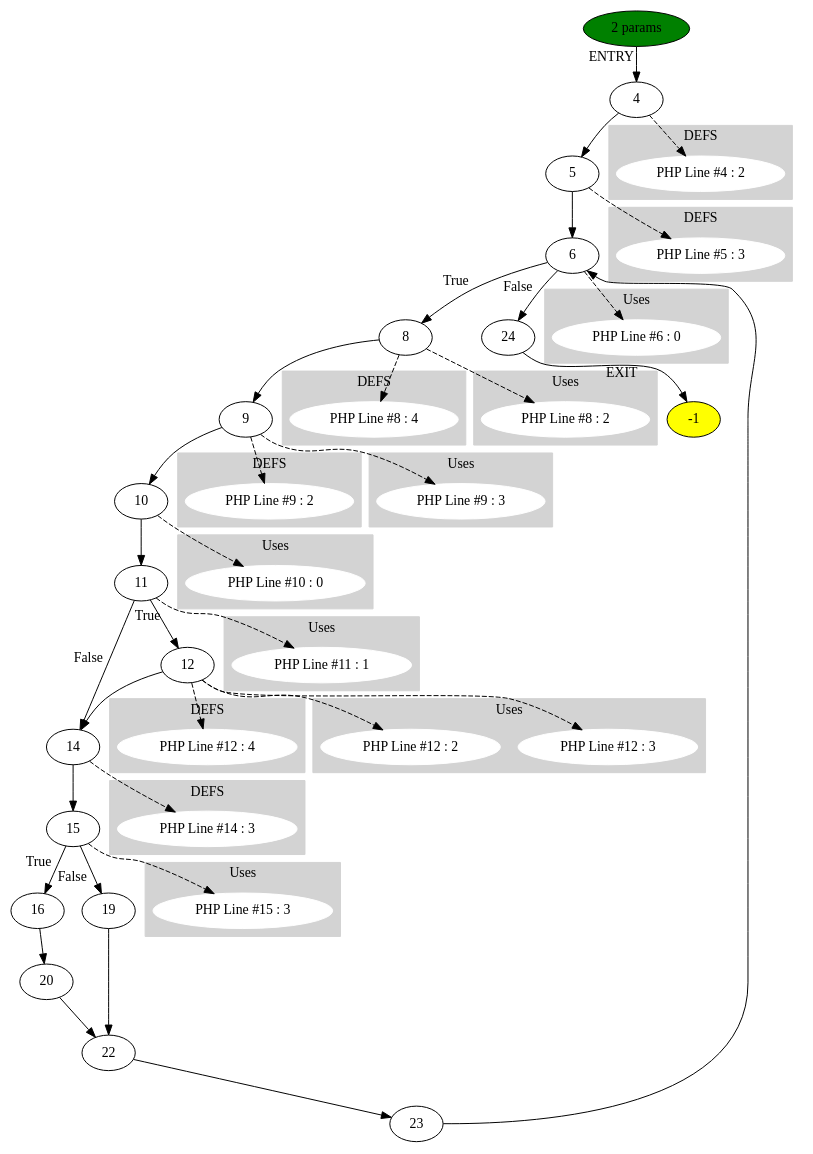
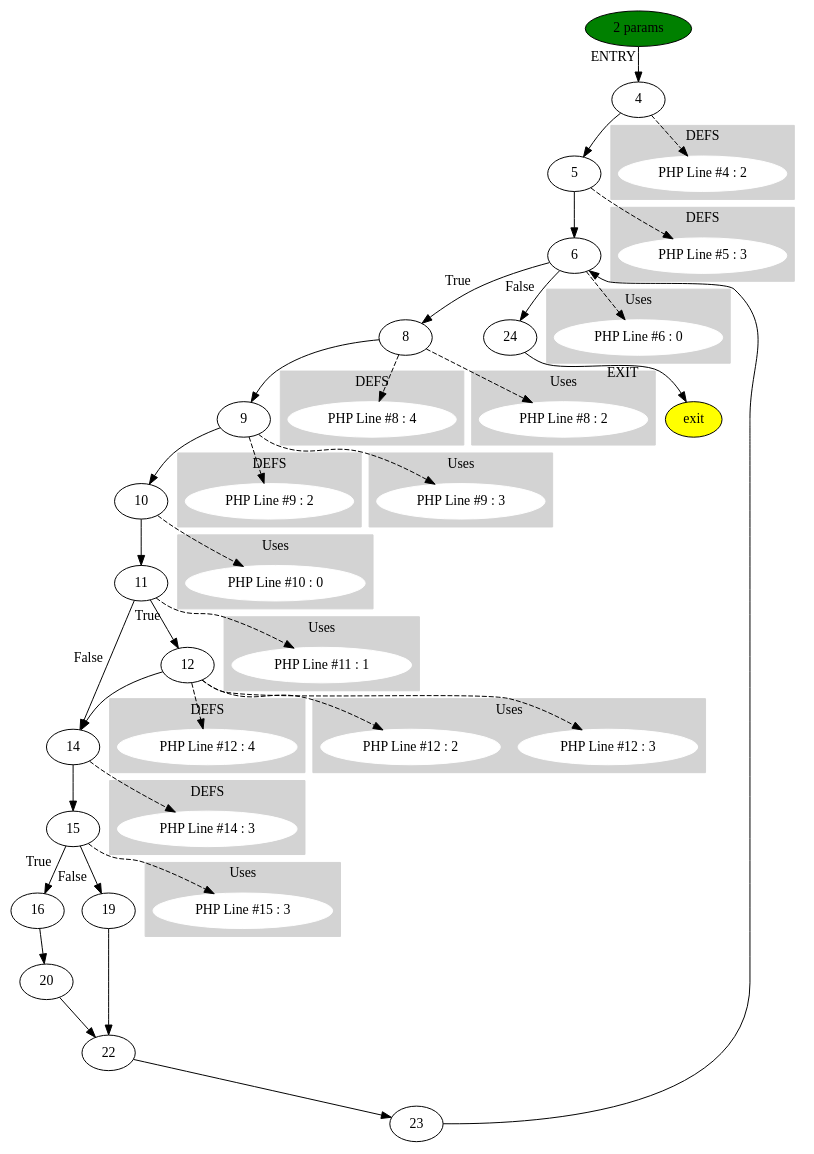
One commit to brianedmonds90/CFG-Hip-Hop changed the diagram in test_files/test_files/function_Function (leaf) foo at 72 (ID 1).dot. Above: the diagram before and after it, drawn with Graphviz. The commit also changed 4 other files, not shown here.

```diff
--- a/test_files/test_files/function_Function (leaf) foo at 72 (ID 1).dot
+++ b/test_files/test_files/function_Function (leaf) foo at 72 (ID 1).dot
@@ -1,120 +1,120 @@
 digraph testName {
 0 [label="4" tooltip="Int
 SetL
 PopC
 "];
 1 [label="5" tooltip="Int
 SetL
 PopC
 "];
 2 [label="6" tooltip="Int
 CGetL2
 Lte
 JmpZ
 "];
 3 [label="8" tooltip="Int
 CGetL2
 Add
 SetL
 PopC
 "];
 4 [label="9" tooltip="Int
 CGetL
 Mul
 SetL
 PopC
 "];
 5 [label="10" tooltip="String
 CGetL
 Concat
 String
 Concat
 Print
 PopC
 "];
 6 [label="11" tooltip="CGetL
 JmpZ
 "];
 7 [label="12" tooltip="CGetL
 CGetL2
 Add
 SetL
 PopC
 "];
 8 [label="14" tooltip="Int
 SetL
 PopC
 "];
 9 [label="15" tooltip="Int
 CGetL2
 Gt
 JmpZ
 "];
 10 [label="16" tooltip="String
 Print
 PopC
 "];
 11 [label="20" tooltip="Jmp
 "];
 12 [label="19" tooltip="String
 Print
 PopC
 "];
 13 [label="22" tooltip="IncDecL
 PopC
 "];
 14 [label="23" tooltip="Jmp
 "];
 15 [label="24" tooltip="Null
 RetC
 "];
 0 -> 1;
 1 -> 2;
 2 -> 3[xlabel="True"];
 2 -> 15[xlabel="False"];
 3 -> 4;
 4 -> 5;
 5 -> 6;
 6 -> 7[xlabel="True"];
 6 -> 8[xlabel="False"];
 7 -> 8;
 8 -> 9;
 9 -> 10[xlabel="True"];
 9 -> 12[xlabel="False"];
 10 -> 11;
 11 -> 13;
 12 -> 13;
 13 -> 14;
 14 -> 2;
 -2 -> 0[xlabel="ENTRY"];
 15 -> -1[xlabel="EXIT"];
--2 [fillcolor = green, style = filled]-1 [fillcolor= yellow, style = filled] subgraph cluster_g_0 { style=filled; color=lightgrey; node [style=filled,color=white]; g_0[label= "PHP Line #4 : 2"];label = "DEFS";}
+-2 [fillcolor = green, style = filled]-1 [label = exit, fillcolor= yellow, style = filled] subgraph cluster_g_0 { style=filled; color=lightgrey; node [style=filled,color=white]; g_0[label= "PHP Line #4 : 2"];label = "DEFS";}
 0 -> g_0 [style="dashed"];
 subgraph cluster_g_1 { style=filled; color=lightgrey; node [style=filled,color=white]; g_1[label= "PHP Line #5 : 3"];label = "DEFS";}
 1 -> g_1 [style="dashed"];
 subgraph cluster_g_3 { style=filled; color=lightgrey; node [style=filled,color=white]; g_3[label= "PHP Line #8 : 4"];label = "DEFS";}
 3 -> g_3 [style="dashed"];
 subgraph cluster_g_4 { style=filled; color=lightgrey; node [style=filled,color=white]; g_4[label= "PHP Line #9 : 2"];label = "DEFS";}
 4 -> g_4 [style="dashed"];
 subgraph cluster_g_7 { style=filled; color=lightgrey; node [style=filled,color=white]; g_7[label= "PHP Line #12 : 4"];label = "DEFS";}
 7 -> g_7 [style="dashed"];
 subgraph cluster_g_8 { style=filled; color=lightgrey; node [style=filled,color=white]; g_8[label= "PHP Line #14 : 3"];label = "DEFS";}
 8 -> g_8 [style="dashed"];
 subgraph cluster_use_2 { style=filled; color=lightgrey; node [style=filled,color=white]; use_2_0[label= "PHP Line #6 : 0"];label = "Uses";}
 2 -> use_2_0 [style="dashed"];
 subgraph cluster_use_3 { style=filled; color=lightgrey; node [style=filled,color=white]; use_3_2[label= "PHP Line #8 : 2"];label = "Uses";}
 3 -> use_3_2 [style="dashed"];
 subgraph cluster_use_4 { style=filled; color=lightgrey; node [style=filled,color=white]; use_4_3[label= "PHP Line #9 : 3"];label = "Uses";}
 4 -> use_4_3 [style="dashed"];
 subgraph cluster_use_5 { style=filled; color=lightgrey; node [style=filled,color=white]; use_5_0[label= "PHP Line #10 : 0"];label = "Uses";}
 5 -> use_5_0 [style="dashed"];
 subgraph cluster_use_6 { style=filled; color=lightgrey; node [style=filled,color=white]; use_6_1[label= "PHP Line #11 : 1"];label = "Uses";}
 6 -> use_6_1 [style="dashed"];
 subgraph cluster_use_7 { style=filled; color=lightgrey; node [style=filled,color=white]; use_7_3[label= "PHP Line #12 : 3"];label = "Uses";}
 7 -> use_7_3 [style="dashed"];
 subgraph cluster_use_7 { style=filled; color=lightgrey; node [style=filled,color=white]; use_7_2[label= "PHP Line #12 : 2"];label = "Uses";}
 7 -> use_7_2 [style="dashed"];
 subgraph cluster_use_9 { style=filled; color=lightgrey; node [style=filled,color=white]; use_9_3[label= "PHP Line #15 : 3"];label = "Uses";}
 9 -> use_9_3 [style="dashed"];
 -2 [label="2 params"];
 }
```
